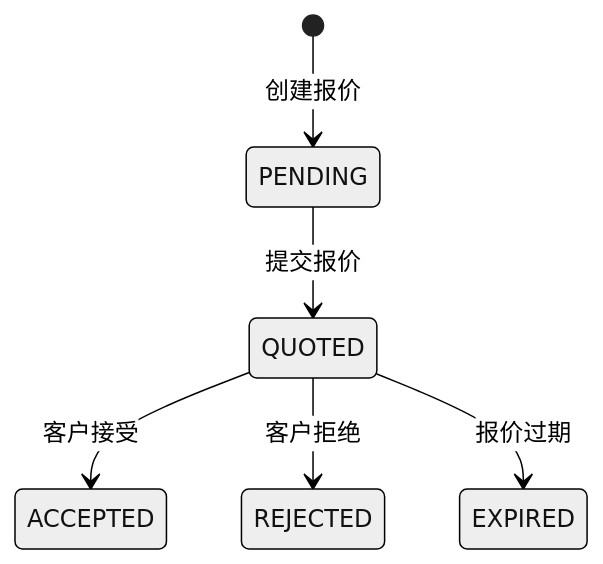
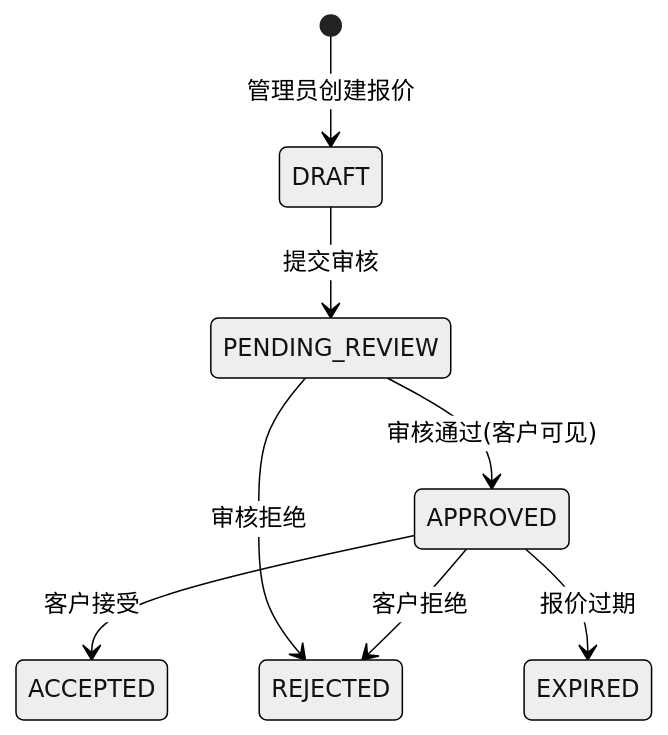
One commit to Huan-cx/eis-admin changed the diagram in apps/web-antd/src/views/mall/trade/b2b-frontend-dev-plan.md. Above: the diagram before and after it, drawn with Mermaid (neutral theme). The commit also changed other lines of this file and 78 other files, not shown here.

````diff
--- a/apps/web-antd/src/views/mall/trade/b2b-frontend-dev-plan.md
+++ b/apps/web-antd/src/views/mall/trade/b2b-frontend-dev-plan.md
@@ -41,8 +212,10 @@
 ```mermaid
 stateDiagram-v2
-    [*] --> PENDING: 创建报价
-    PENDING --> QUOTED: 提交报价
-    QUOTED --> ACCEPTED: 客户接受
-    QUOTED --> REJECTED: 客户拒绝
-    QUOTED --> EXPIRED: 报价过期
+    [*] --> DRAFT: 管理员创建报价
+    DRAFT --> PENDING_REVIEW: 提交审核
+    PENDING_REVIEW --> APPROVED: 审核通过(客户可见)
+    PENDING_REVIEW --> REJECTED: 审核拒绝
+    APPROVED --> ACCEPTED: 客户接受
+    APPROVED --> REJECTED: 客户拒绝
+    APPROVED --> EXPIRED: 报价过期
 ```
````
